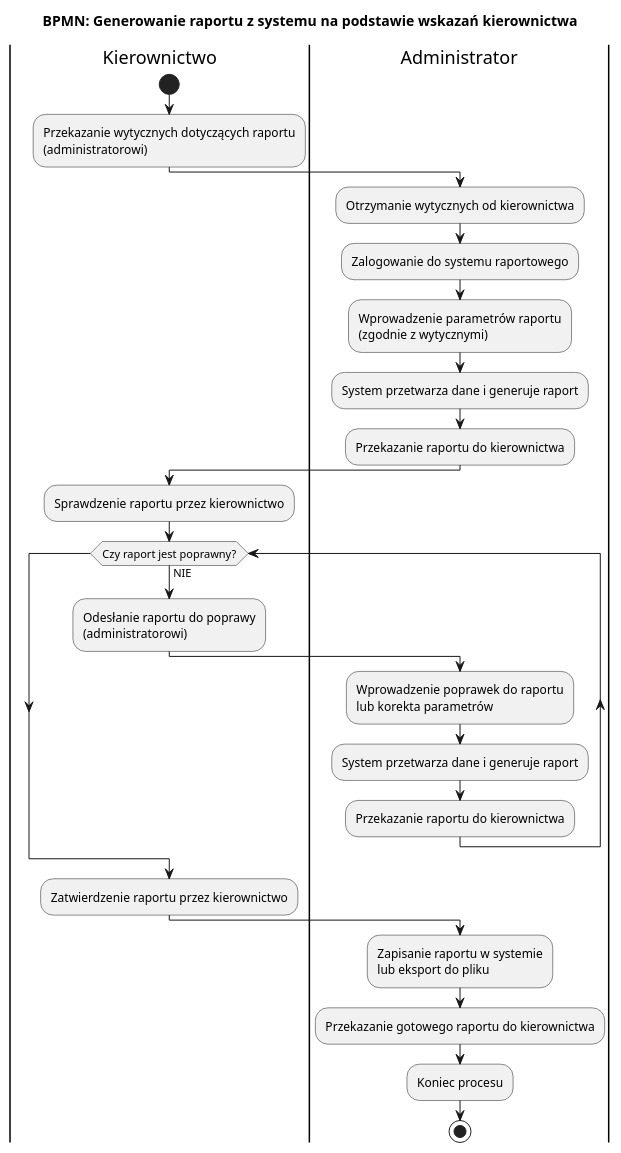
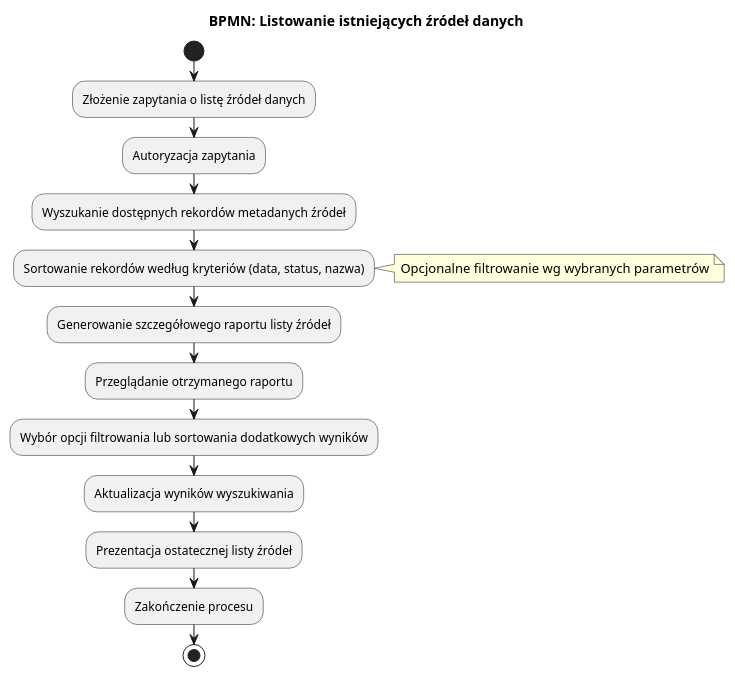
One commit to falkowp/IWO25L changed the diagram in dokumentacja/specyfikacja.wymagan/2.opis.biznesu/procesy.biznesowe/aktualne/A_PB0004.puml. Above: the diagram before and after it, drawn with PlantUML. The commit also changed 16 other files, not shown here.

```diff
--- a/dokumentacja/specyfikacja.wymagan/2.opis.biznesu/procesy.biznesowe/aktualne/A_PB0004.puml
+++ b/dokumentacja/specyfikacja.wymagan/2.opis.biznesu/procesy.biznesowe/aktualne/A_PB0004.puml
@@ -1,29 +1,18 @@
 @startuml
-title BPMN: Generowanie raportu z systemu na podstawie wskazań kierownictwa
+title BPMN: Listowanie istniejących źródeł danych
 
-|Kierownictwo|
+|Użytkownik|
 start
-:Przekazanie wytycznych dotyczących raportu\n(administratorowi);
-|Administrator|
-:Otrzymanie wytycznych od kierownictwa;
-:Zalogowanie do systemu raportowego;
-:Wprowadzenie parametrów raportu\n(zgodnie z wytycznymi);
-:System przetwarza dane i generuje raport;
-:Przekazanie raportu do kierownictwa;
-|Kierownictwo|
-:Sprawdzenie raportu przez kierownictwo;
-while (Czy raport jest poprawny?) is (NIE)
-  :Odesłanie raportu do poprawy\n(administratorowi);
-  |Administrator|
-  :Wprowadzenie poprawek do raportu\nlub korekta parametrów;
-  :System przetwarza dane i generuje raport;
-  :Przekazanie raportu do kierownictwa;
-  |Kierownictwo|
-endwhile
-:Zatwierdzenie raportu przez kierownictwo;
-|Administrator|
-:Zapisanie raportu w systemie\nlub eksport do pliku;
-:Przekazanie gotowego raportu do kierownictwa;
-:Koniec procesu;
+:Złożenie zapytania o listę źródeł danych;
+:Autoryzacja zapytania;
+:Wyszukanie dostępnych rekordów metadanych źródeł;
+:Sortowanie rekordów według kryteriów (data, status, nazwa);
+note right: Opcjonalne filtrowanie wg wybranych parametrów
+:Generowanie szczegółowego raportu listy źródeł;
+:Przeglądanie otrzymanego raportu;
+:Wybór opcji filtrowania lub sortowania dodatkowych wyników;
+:Aktualizacja wyników wyszukiwania;
+:Prezentacja ostatecznej listy źródeł;
+:Zakończenie procesu;
 stop
 @enduml
```
